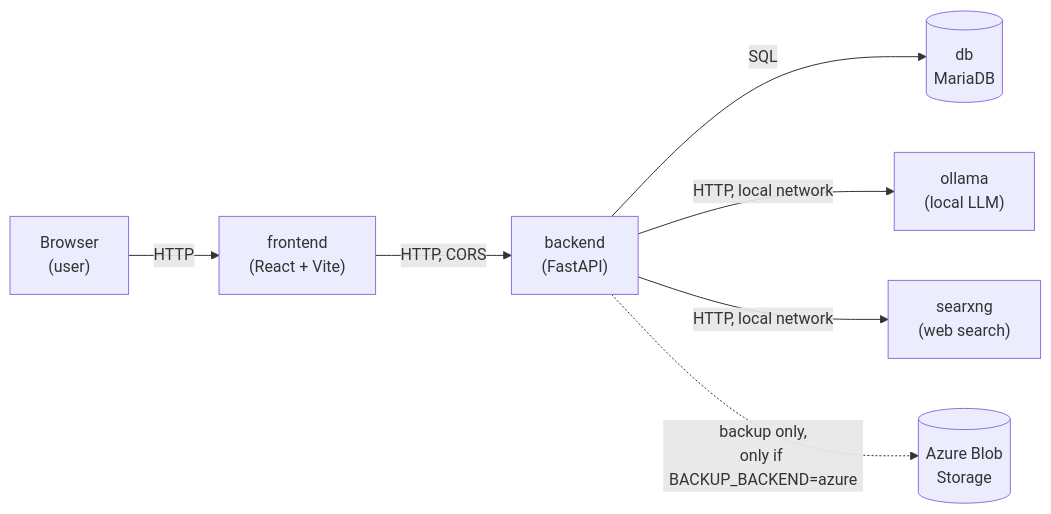
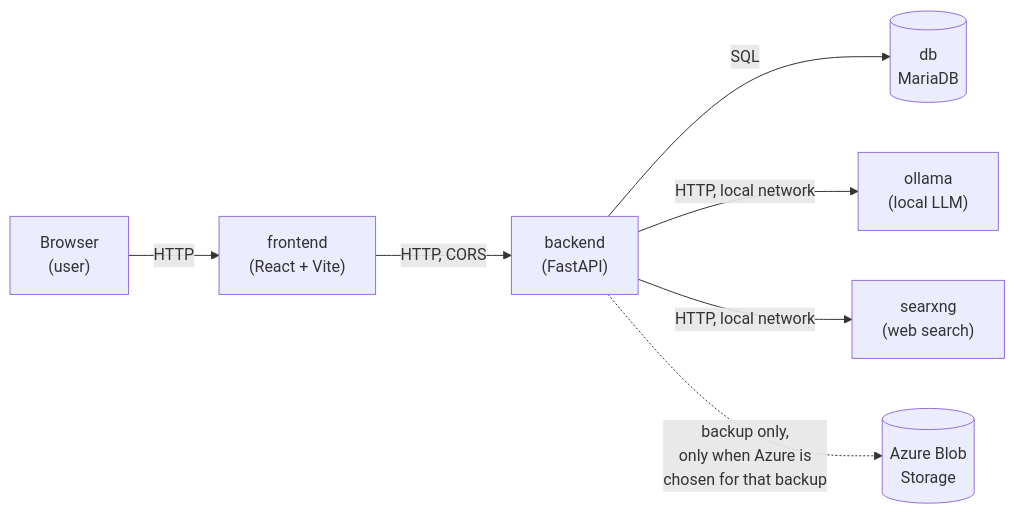
The diagram in docs/architecture.md (Skraldz/hardware-assistant), drawn with Mermaid before and after one commit. The commit also changed other lines of this file and 22 other files, not shown here.

First line of the commit message:
Let users pick local vs. Azure per backup; store a saved build's purpose

````diff
--- a/docs/architecture.md
+++ b/docs/architecture.md
@@ -7,9 +7,9 @@
 ```mermaid
 flowchart LR
     Browser["Browser<br/>(user)"] -->|HTTP| Frontend
     Frontend["frontend<br/>(React + Vite)"] -->|HTTP, CORS| Backend
     Backend["backend<br/>(FastAPI)"] -->|SQL| DB[("db<br/>MariaDB")]
     Backend -->|HTTP, local network| Ollama["ollama<br/>(local LLM)"]
     Backend -->|HTTP, local network| SearXNG["searxng<br/>(web search)"]
-    Backend -.->|backup only,<br/>only if BACKUP_BACKEND=azure| Azure[("Azure Blob<br/>Storage")]
+    Backend -.->|backup only,<br/>only when Azure is<br/>chosen for that backup| Azure[("Azure Blob<br/>Storage")]
 ```
````
